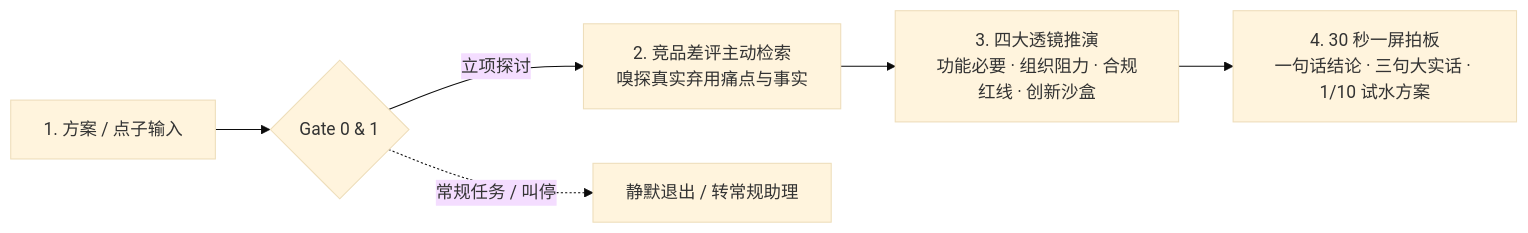
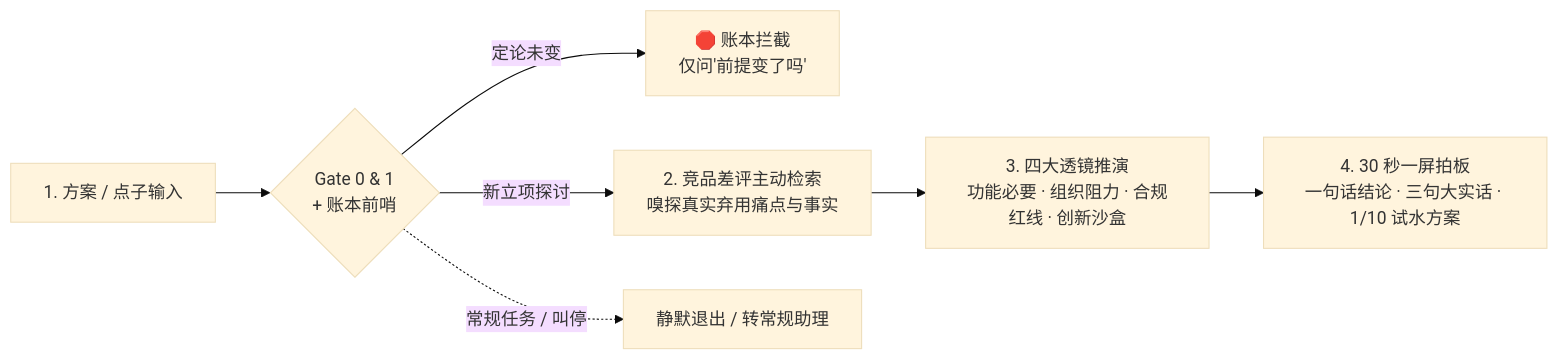
The diagram in README_CN.md (shahuichao24-ops/Dialectic), drawn with Mermaid (base theme) before and after one commit. The commit also changed other lines of this file and 4 other files, not shown here.

````diff
--- a/README_CN.md
+++ b/README_CN.md
@@ -27,8 +28,9 @@
 ```mermaid
 flowchart LR
-    In["1. 方案 / 点子输入"] --> Guard{"Gate 0 & 1"}
-    Guard -->|"立项探讨"| Mine["2. 竞品差评主动检索<br>嗅探真实弃用痛点与事实"]
+    In["1. 方案 / 点子输入"] --> Guard{"Gate 0 & 1<br>+ 账本前哨"}
+    Guard -->|"定论未变"| Stop["🛑 账本拦截<br>仅问'前提变了吗'"]
+    Guard -->|"新立项探讨"| Mine["2. 竞品差评主动检索<br>嗅探真实弃用痛点与事实"]
     Mine --> Lenses["3. 四大透镜推演<br>功能必要 · 组织阻力 · 合规红线 · 创新沙盒"]
     Lenses --> Out["4. 30 秒一屏拍板<br>一句话结论 · 三句大实话 · 1/10 试水方案"]
     Guard -.->|"常规任务 / 叫停"| Exit["静默退出 / 转常规助理"]
 ```
````
